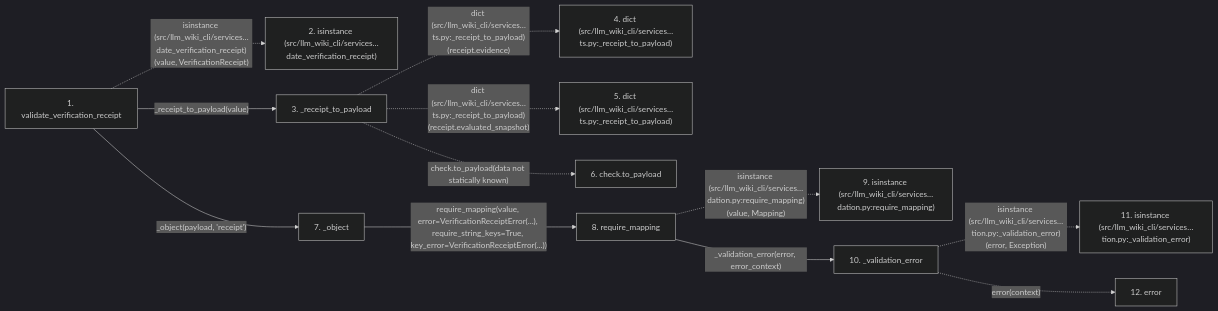
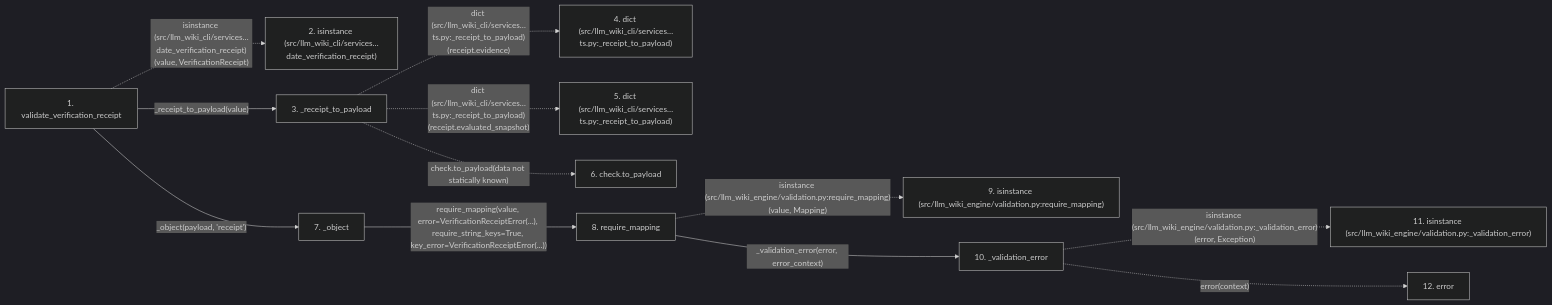
One commit to Denissvgn/python-wiki-llm changed the second of 2 diagrams in docs/llm_wiki/flows/api-validate_verification_receipt.md. Above: the diagram before and after it, drawn with Mermaid (dark theme). The commit also changed other lines of this file and 1103 other files, not shown here.

First line of the commit message:
docs: refresh the wiki for the llm-wiki-engine distribution

````diff
--- a/docs/llm_wiki/flows/api-validate_verification_receipt.md
+++ b/docs/llm_wiki/flows/api-validate_verification_receipt.md
@@ -129,31 +129,31 @@
 ```mermaid
 flowchart LR
     s1["1. validate_verification_receipt"]
     s2["2. isinstance (src/llm_wiki_cli/services…date_verification_receipt)"]
     s3["3. _receipt_to_payload"]
     s4["4. dict (src/llm_wiki_cli/services…ts.py:_receipt_to_payload)"]
     s5["5. dict (src/llm_wiki_cli/services…ts.py:_receipt_to_payload)"]
     s6["6. check.to_payload"]
     s7["7. _object"]
     s8["8. require_mapping"]
-    s9["9. isinstance (src/llm_wiki_cli/services…dation.py:require_mapping)"]
+    s9["9. isinstance (src/llm_wiki_engine/validation.py:require_mapping)"]
     s10["10. _validation_error"]
-    s11["11. isinstance (src/llm_wiki_cli/services…tion.py:_validation_error)"]
+    s11["11. isinstance (src/llm_wiki_engine/validation.py:_validation_error)"]
     s12["12. error"]
     s1 -. "isinstance (src/llm_wiki_cli/services…date_verification_receipt)(value, VerificationReceipt)" .-> s2
     s1 -->|"_receipt_to_payload(value)"| s3
     s3 -. "dict (src/llm_wiki_cli/services…ts.py:_receipt_to_payload)(receipt.evidence)" .-> s4
     s3 -. "dict (src/llm_wiki_cli/services…ts.py:_receipt_to_payload)(receipt.evaluated_snapshot)" .-> s5
     s3 -. "check.to_payload(data not statically known)" .-> s6
     s1 -->|"_object(payload, 'receipt')"| s7
     s7 -->|"require_mapping(value, error=VerificationReceiptError(...), require_string_keys=True, key_error=VerificationReceiptError(...))"| s8
-    s8 -. "isinstance (src/llm_wiki_cli/services…dation.py:require_mapping)(value, Mapping)" .-> s9
+    s8 -. "isinstance (src/llm_wiki_engine/validation.py:require_mapping)(value, Mapping)" .-> s9
     s8 -->|"_validation_error(error, error_context)"| s10
-    s10 -. "isinstance (src/llm_wiki_cli/services…tion.py:_validation_error)(error, Exception)" .-> s11
+    s10 -. "isinstance (src/llm_wiki_engine/validation.py:_validation_error)(error, Exception)" .-> s11
     s10 -. "error(context)" .-> s12
     click s1 "../modules/verification_contracts.md"
     click s3 "../modules/verification_contracts.md"
     click s7 "../modules/verification_contracts.md"
     click s8 "../modules/validation.md"
     click s10 "../modules/validation.md"
 ```
````
